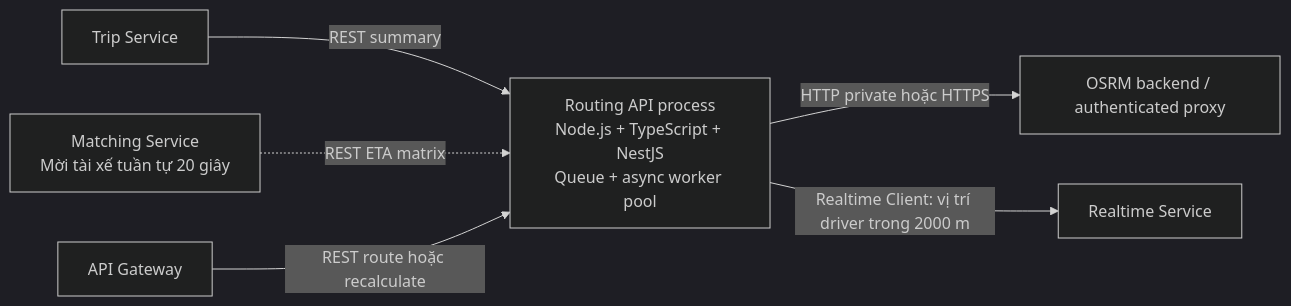
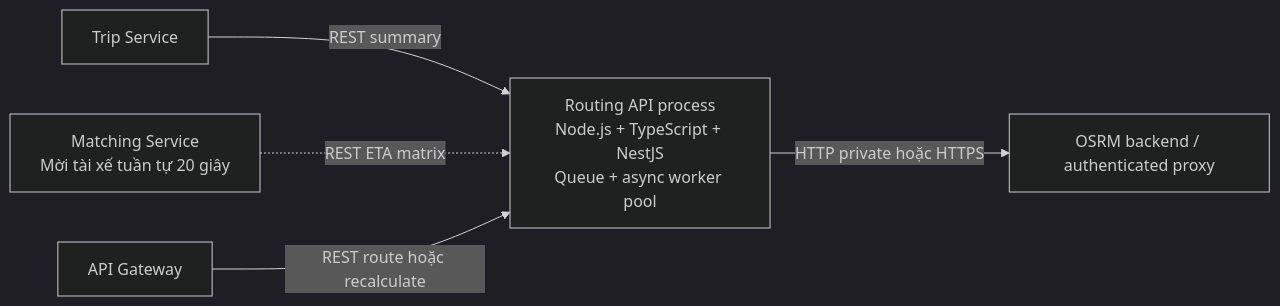
Before and after one commit to fukdinh136/chande: the first of 2 diagrams in service/routing-service/docs/kien-truc.md, drawn with Mermaid (dark theme). The commit also changed other lines of this file and 8 other files, not shown here.

````diff
--- a/service/routing-service/docs/kien-truc.md
+++ b/service/routing-service/docs/kien-truc.md
@@ -15,8 +15,7 @@
 ```mermaid
 flowchart LR
     Trip["Trip Service"] -->|REST summary| API["Routing API process<br/>Node.js + TypeScript + NestJS<br/>Queue + async worker pool"]
     Matching["Matching Service<br/>Mời tài xế tuần tự 20 giây"] -. REST ETA matrix .-> API
     Gateway["API Gateway"] -->|REST route hoặc recalculate| API
     API -->|HTTP private hoặc HTTPS| Map["OSRM backend / authenticated proxy"]
-    API -->|Realtime Client: vị trí driver trong 2000 m| Realtime["Realtime Service"]
 ```
````
